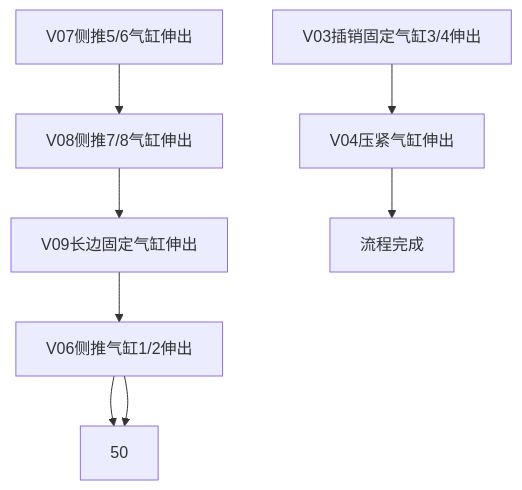
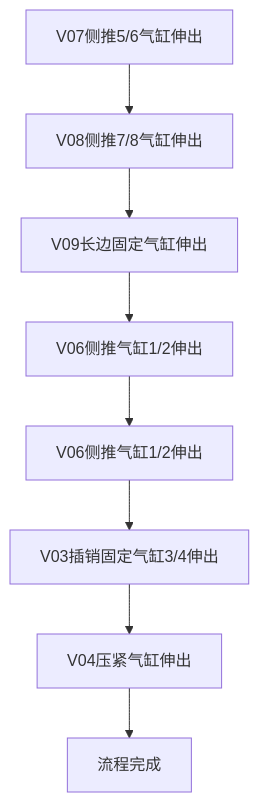
One commit to PengKun1/iodraw-files changed the diagram in all/OP30气缸固定子流程.md. Above: the diagram before and after it, drawn with Mermaid.

Commit message:
2024-08-06 10:00:31 update

````diff
--- a/all/OP30气缸固定子流程.md
+++ b/all/OP30气缸固定子流程.md
@@ -1,12 +1,12 @@
 ```mermaid
 graph TD
 10[V07侧推5/6气缸伸出]-->20
 20[V08侧推7/8气缸伸出]-->30
 30[V09长边固定气缸伸出]-->40
 40[V06侧推气缸1/2伸出]-->50
-40[V06侧推气缸1/2伸出]-->50
+50[V06侧推气缸1/2伸出]-->60
 60[V03插销固定气缸3/4伸出]-->70
 70[V04压紧气缸伸出]-->80
 80[流程完成]
   
 ```
````
